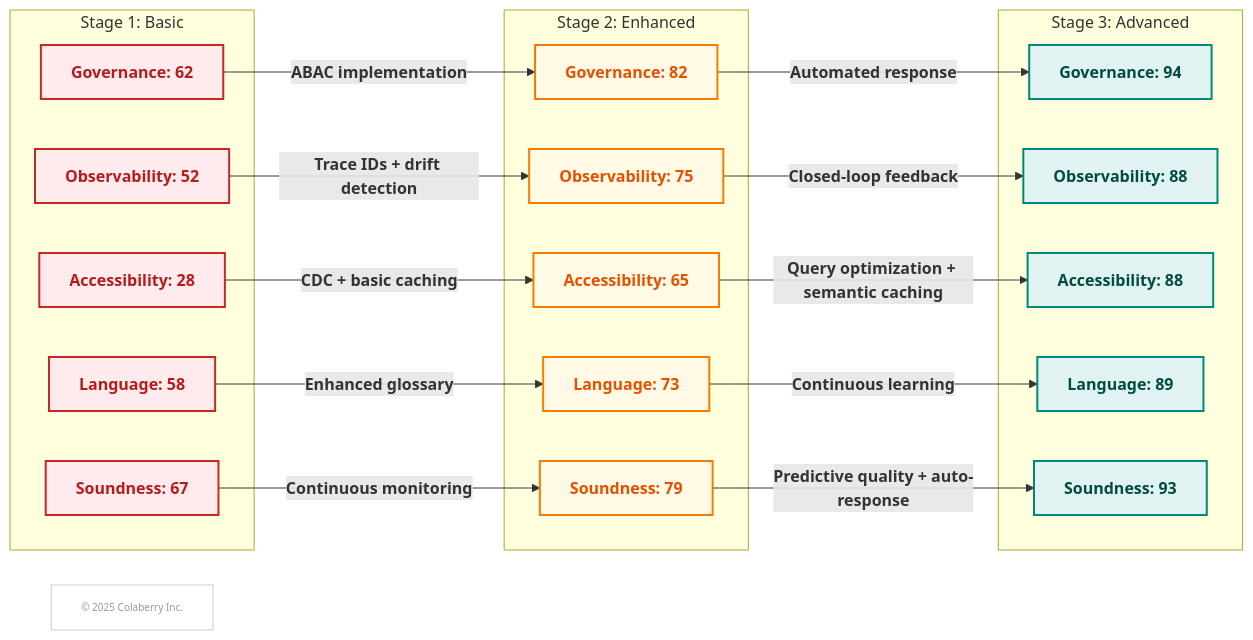
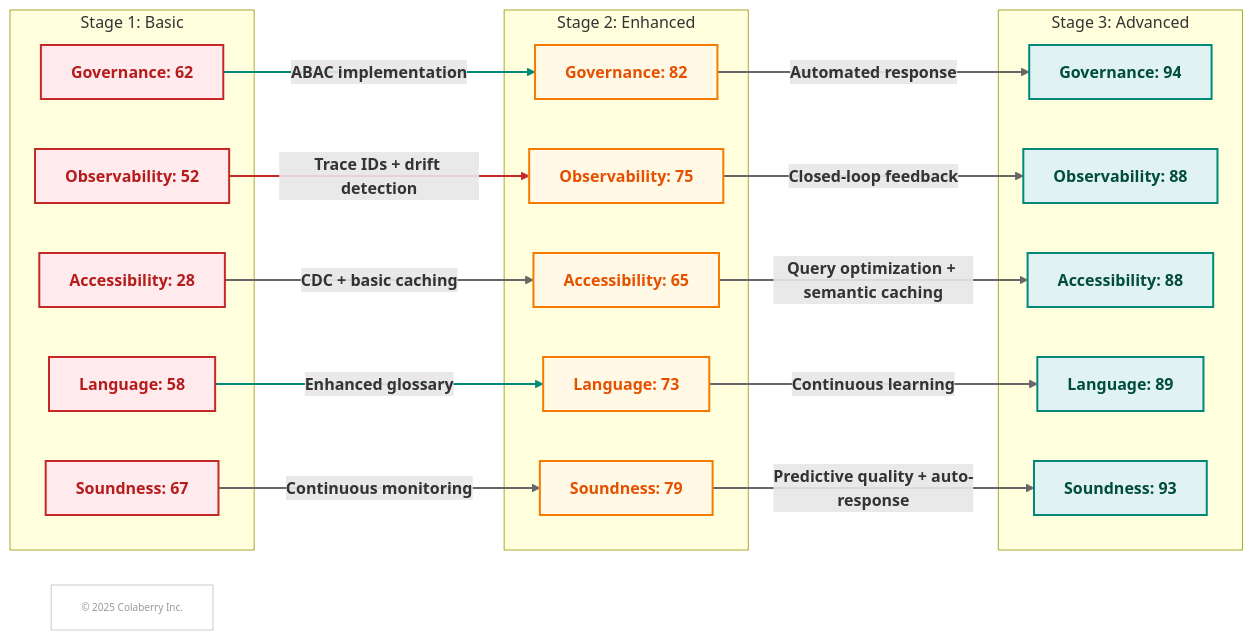
One commit to colaberry/enterprise-data-readiness-ai-agents changed diagram 11 of 11 in chapter-02/chapter_2_complete.md. Above: the diagram before and after it, drawn with Mermaid. The commit also changed other lines of this file, not shown here.

First line of the commit message:
link styles updated

````diff
--- a/chapter-02/chapter_2_complete.md
+++ b/chapter-02/chapter_2_complete.md
@@ -1694,62 +1853,73 @@
 ```mermaid
 graph LR
     subgraph "Stage 1: Basic"
         G1["<b>Governance: 62</b>"]
         O1["<b>Observability: 52</b>"]
         A1["<b>Accessibility: 28</b>"]
         L1["<b>Language: 58</b>"]
         S1["<b>Soundness: 67</b>"]
     end
     
     subgraph "Stage 2: Enhanced"
         G2["<b>Governance: 82</b>"]
         O2["<b>Observability: 75</b>"]
         A2["<b>Accessibility: 65</b>"]
         L2["<b>Language: 73</b>"]
         S2["<b>Soundness: 79</b>"]
     end
     
     subgraph "Stage 3: Advanced"
         G3["<b>Governance: 94</b>"]
         O3["<b>Observability: 88</b>"]
         A3["<b>Accessibility: 88</b>"]
         L3["<b>Language: 89</b>"]
         S3["<b>Soundness: 93</b>"]
     end
     
     G1 -->|<b>ABAC implementation</b>| G2
     G2 -->|<b>Automated response</b>| G3
     
     O1 -->|<b>Trace IDs + drift detection</b>| O2
     O2 -->|<b>Closed-loop feedback</b>| O3
     
     A1 -->|<b>CDC + basic caching</b>| A2
     A2 -->|<b>Query optimization + semantic caching</b>| A3
     
     L1 -->|<b>Enhanced glossary</b>| L2
     L2 -->|<b>Continuous learning</b>| L3
     
     S1 -->|<b>Continuous monitoring</b>| S2
     S2 -->|<b>Predictive quality + auto-response</b>| S3
     
     style G1 fill:#ffebee,stroke:#c62828,stroke-width:2px,color:#b71c1c
     style O1 fill:#ffebee,stroke:#c62828,stroke-width:2px,color:#b71c1c
     style A1 fill:#ffebee,stroke:#c62828,stroke-width:2px,color:#b71c1c
     style L1 fill:#ffebee,stroke:#c62828,stroke-width:2px,color:#b71c1c
     style S1 fill:#ffebee,stroke:#c62828,stroke-width:2px,color:#b71c1c
     
     style G2 fill:#fff9e6,stroke:#f57c00,stroke-width:2px,color:#e65100
     style O2 fill:#fff9e6,stroke:#f57c00,stroke-width:2px,color:#e65100
     style A2 fill:#fff9e6,stroke:#f57c00,stroke-width:2px,color:#e65100
     style L2 fill:#fff9e6,stroke:#f57c00,stroke-width:2px,color:#e65100
     style S2 fill:#fff9e6,stroke:#f57c00,stroke-width:2px,color:#e65100
     
     style G3 fill:#e0f2f1,stroke:#00897b,stroke-width:2px,color:#004d40
     style O3 fill:#e0f2f1,stroke:#00897b,stroke-width:2px,color:#004d40
     style A3 fill:#e0f2f1,stroke:#00897b,stroke-width:2px,color:#004d40
     style L3 fill:#e0f2f1,stroke:#00897b,stroke-width:2px,color:#004d40
     style S3 fill:#e0f2f1,stroke:#00897b,stroke-width:2px,color:#004d40
     
+
+    linkStyle 0 stroke:#00897b,stroke-width:2px
+    linkStyle 1 stroke:#666666,stroke-width:2px
+    linkStyle 2 stroke:#c62828,stroke-width:2px
+    linkStyle 3 stroke:#666666,stroke-width:2px
+    linkStyle 4 stroke:#666666,stroke-width:2px
+    linkStyle 5 stroke:#666666,stroke-width:2px
+    linkStyle 6 stroke:#00897b,stroke-width:2px
+    linkStyle 7 stroke:#666666,stroke-width:2px
+    linkStyle 8 stroke:#666666,stroke-width:2px
+    linkStyle 9 stroke:#666666,stroke-width:2px
     COPYRIGHT["© 2025 Colaberry Inc."]
     style COPYRIGHT fill:#ffffff,stroke:#cccccc,stroke-width:1px,color:#999999,font-size:10px
 ```
````
